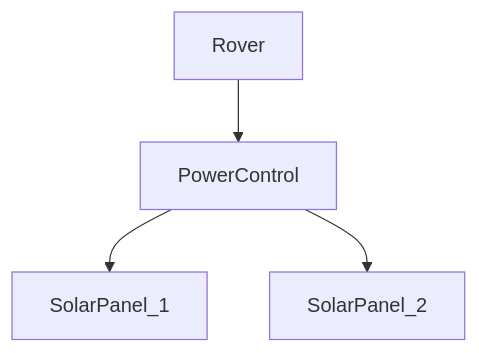
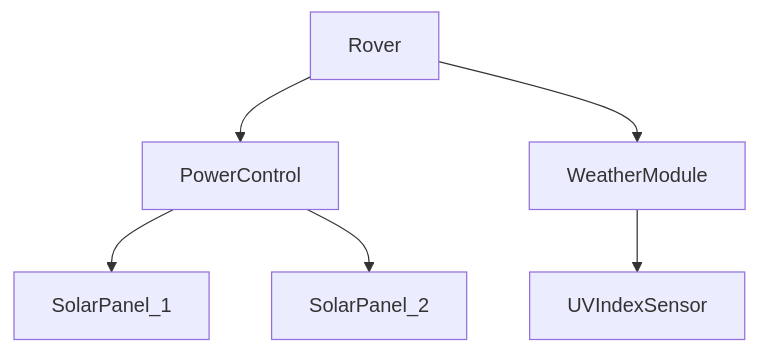
Before and after one commit to Nergan123/UAC_rover: the diagram in README.md, drawn with Mermaid. The commit also changed other lines of this file and 6 other files, not shown here.

Commit message:
Weather Module added

````diff
--- a/README.md
+++ b/README.md
@@ -14,6 +16,8 @@
 ```mermaid
 graph TD
 Rover-->PowerControl;
+Rover-->WeatherModule;
+WeatherModule-->UVIndexSensor
 PowerControl-->SolarPanel_1;
 PowerControl-->SolarPanel_2;
 ```
````
